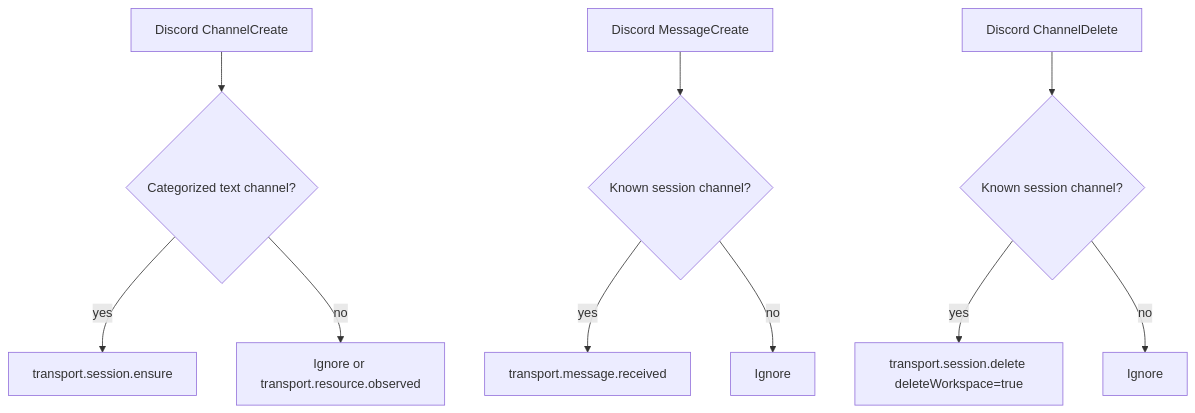
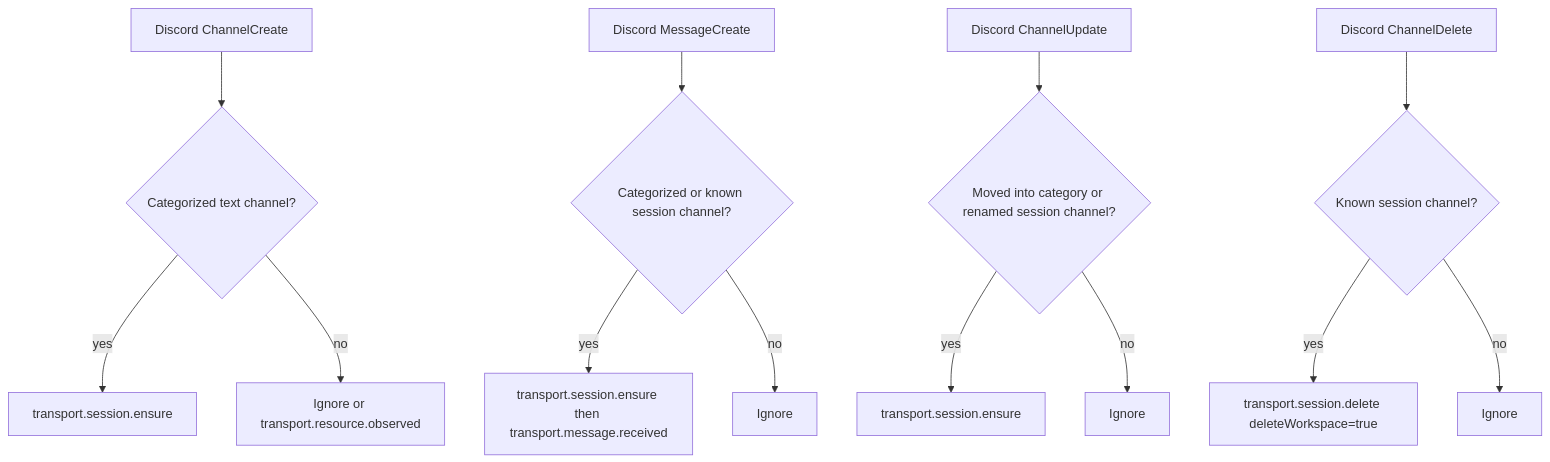
The diagram in docs/DISCORD_TRANSPORT_INTENT_MIGRATION.md (Moorline/packages), drawn with Mermaid before and after one commit. The commit also changed other lines of this file and 4 other files, not shown here.

Commit message:
Deepen Discord transport hardening

````diff
--- a/docs/DISCORD_TRANSPORT_INTENT_MIGRATION.md
+++ b/docs/DISCORD_TRANSPORT_INTENT_MIGRATION.md
@@ -22,14 +22,18 @@
 ```mermaid
 flowchart TD
   A[Discord ChannelCreate] --> B{Categorized text channel?}
   B -->|yes| C[transport.session.ensure]
   B -->|no| D[Ignore or transport.resource.observed]
 
-  E[Discord MessageCreate] --> F{Known session channel?}
-  F -->|yes| G[transport.message.received]
+  E[Discord MessageCreate] --> F{Categorized or known session channel?}
+  F -->|yes| G[transport.session.ensure then transport.message.received]
   F -->|no| H[Ignore]
+
+  M[Discord ChannelUpdate] --> N{Moved into category or renamed session channel?}
+  N -->|yes| O[transport.session.ensure]
+  N -->|no| P[Ignore]
 
   I[Discord ChannelDelete] --> J{Known session channel?}
   J -->|yes| K[transport.session.delete deleteWorkspace=true]
   J -->|no| L[Ignore]
 ```
````
